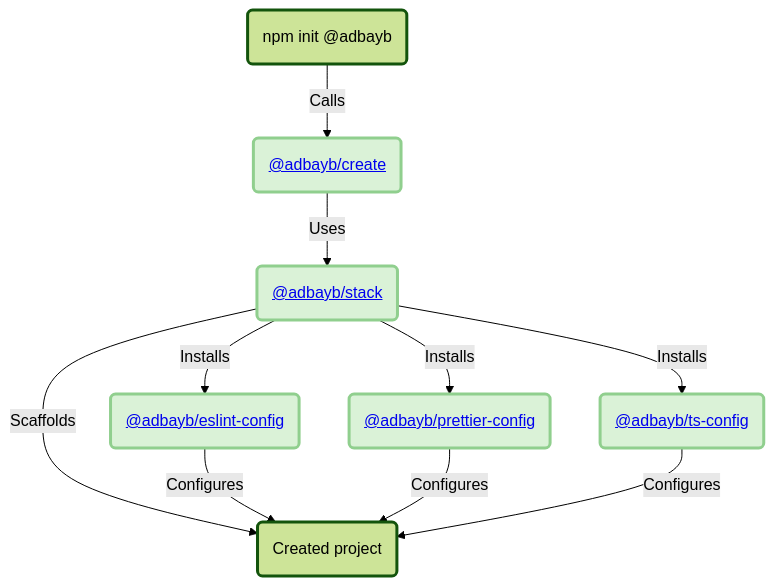
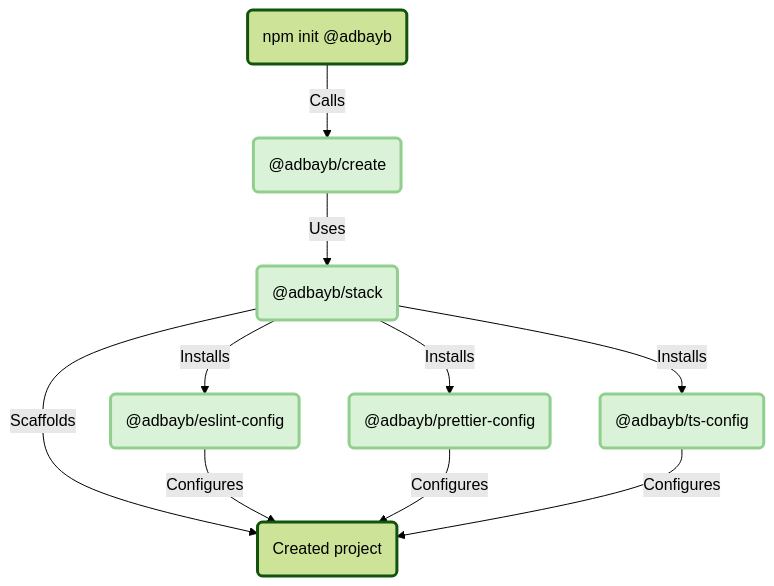
Before and after one commit to adbayb/stack: the diagram in applications/stack/README.md, drawn with Mermaid (forest theme).

Commit message:
docs: fix diagram links

````diff
--- a/applications/stack/README.md
+++ b/applications/stack/README.md
@@ -64,18 +64,18 @@
 ```mermaid
 flowchart TD
-    N("npm init @adbayb"):::strokeWidth -- Calls --> C("<a href='https://github.com/adbayb/stack/tree/main/packages/create'>@adbayb/create</a>"):::strokeWidth
-    C -- Uses --> S("<a href='https://github.com/adbayb/stack/tree/main/stack'>@adbayb/stack</a>"):::strokeWidth
-    S -- "Installs" --> EC("<a href='https://github.com/adbayb/stack/tree/main/packages/eslint-config'>@adbayb/eslint-config</a>"):::strokeWidth
-    S -- "Installs" --> PC("<a href='https://github.com/adbayb/stack/tree/main/packages/prettier-config'>@adbayb/prettier-config</a>"):::strokeWidth
-    S -- "Installs" --> TC("<a href='https://github.com/adbayb/stack/tree/main/packages/ts-config'>@adbayb/ts-config</a>"):::strokeWidth
+    N("npm init @adbayb"):::strokeWidth -- Calls --> C("@adbayb/create"):::strokeWidth
+    C -- Uses --> S("@adbayb/stack"):::strokeWidth
+    S -- "Installs" --> EC("@adbayb/eslint-config"):::strokeWidth
+    S -- "Installs" --> PC("@adbayb/prettier-config"):::strokeWidth
+    S -- "Installs" --> TC("@adbayb/ts-config"):::strokeWidth
     S -- "Scaffolds" --> P("Created project"):::strokeWidth
     EC -- "Configures" --> P
     PC -- "Configures" --> P
     TC -- "Configures" --> P
     style C fill:#daf2d7,stroke:#90cf8e
     style S fill:#daf2d7,stroke:#90cf8e
     style EC fill:#daf2d7,stroke:#90cf8e
     style PC fill:#daf2d7,stroke:#90cf8e
     style TC fill:#daf2d7,stroke:#90cf8e
     classDef strokeWidth stroke-width:3px
 ```
````
